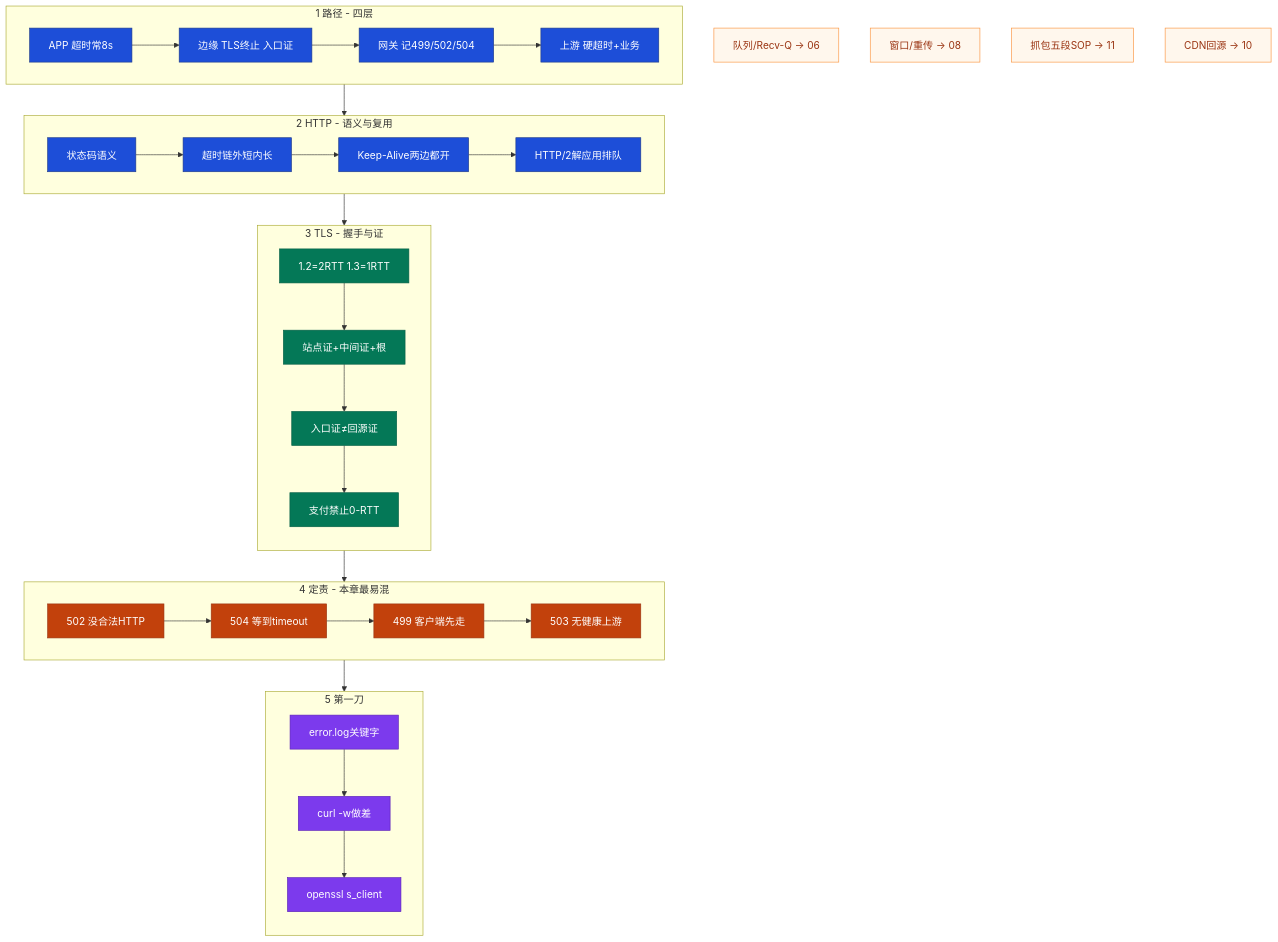
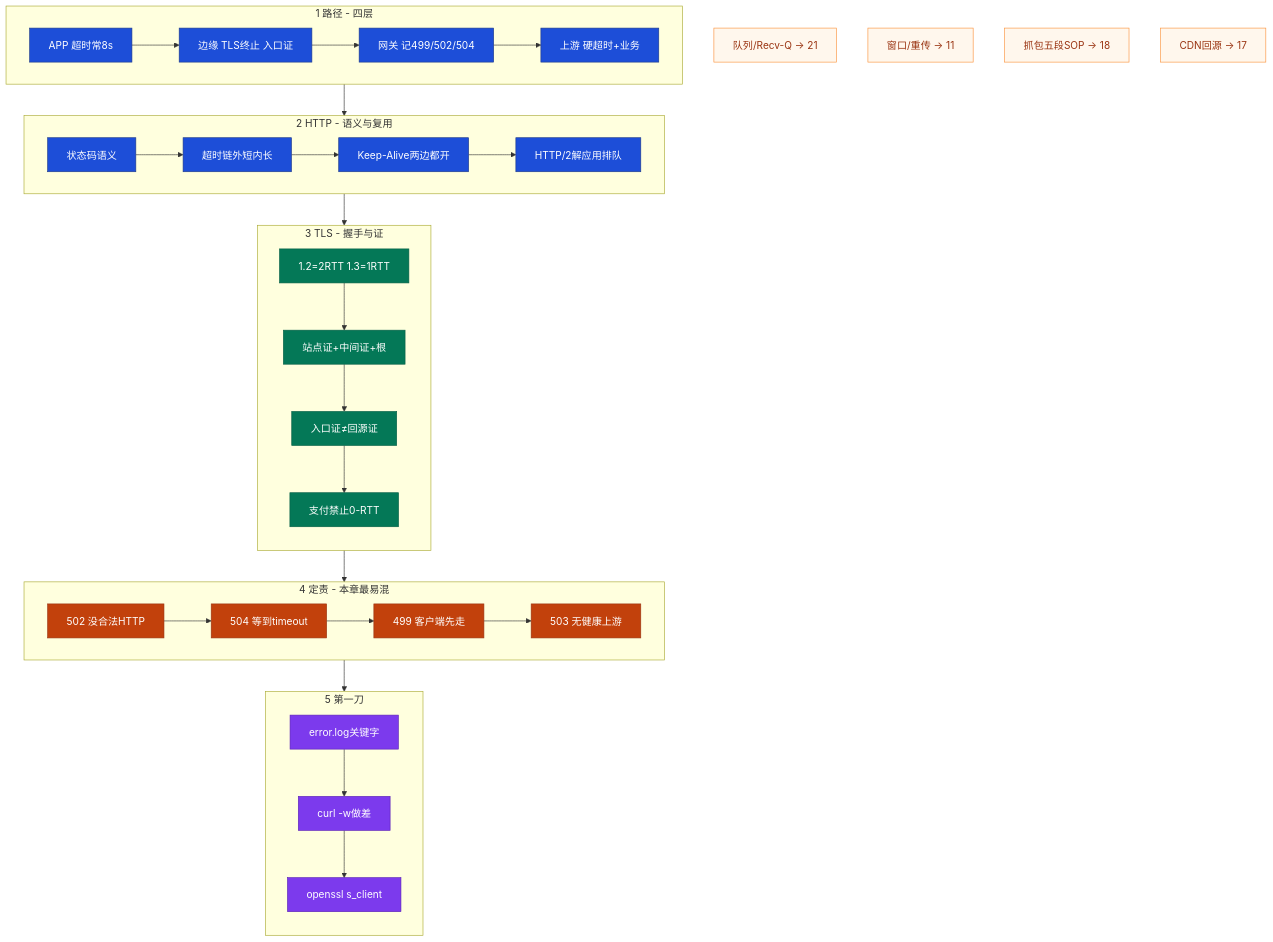
The first of 10 diagrams in 01-基础底座/14-HTTP与TLS/知识点.md (ml-cuizijun/LearnToLilith), drawn with Mermaid before and after one commit. The commit also changed other lines of this file and 56 other files, not shown here.

````diff
--- a/01-基础底座/14-HTTP与TLS/知识点.md
+++ b/01-基础底座/14-HTTP与TLS/知识点.md
@@ -61,58 +61,58 @@
 ```mermaid
 flowchart TB
     classDef http fill:#1D4ED8,stroke:#1E3A8A,color:#fff
     classDef tls fill:#047857,stroke:#065F46,color:#fff
     classDef code fill:#C2410C,stroke:#9A3412,color:#fff
     classDef cmd fill:#7C3AED,stroke:#5B21B6,color:#fff
     classDef note fill:#FFF7ED,stroke:#FB923C,color:#9A3412
 
     subgraph PATH["1 路径 - 四层"]
         direction LR
         A1["APP 超时常8s"] --> A2["边缘 TLS终止 入口证"]
         A2 --> A3["网关 记499/502/504"]
         A3 --> A4["上游 硬超时+业务"]
     end
 
     subgraph HTTP["2 HTTP - 语义与复用"]
         direction LR
         H1["状态码语义"] --> H2["超时链外短内长"]
         H2 --> H3["Keep-Alive两边都开"]
         H3 --> H4["HTTP/2解应用排队"]
     end
 
     subgraph TLSBOX["3 TLS - 握手与证"]
         direction TB
         T1["1.2=2RTT 1.3=1RTT"] --> T2["站点证+中间证+根"]
         T2 --> T3["入口证≠回源证"]
         T3 --> T4["支付禁止0-RTT"]
     end
 
     subgraph DUTY["4 定责 - 本章最易混"]
         direction LR
         D1["502 没合法HTTP"] --> D2["504 等到timeout"]
         D2 --> D3["499 客户端先走"]
         D3 --> D4["503 无健康上游"]
     end
 
     subgraph TOOL["5 第一刀"]
         direction TB
         R1["error.log关键字"] --> R2["curl -w做差"]
         R2 --> R3["openssl s_client"]
     end
 
     PATH --> HTTP
     HTTP --> TLSBOX
     TLSBOX --> DUTY
     DUTY --> TOOL
 
-    N1["队列/Recv-Q → 06"]:::note
-    N2["窗口/重传 → 08"]:::note
-    N3["抓包五段SOP → 11"]:::note
-    N4["CDN回源 → 10"]:::note
+    N1["队列/Recv-Q → 21"]:::note
+    N2["窗口/重传 → 11"]:::note
+    N3["抓包五段SOP → 18"]:::note
+    N4["CDN回源 → 17"]:::note
 
     class A1,A2,A3,A4 http
     class H1,H2,H3,H4 http
     class T1,T2,T3,T4 tls
     class D1,D2,D3,D4 code
     class R1,R2,R3 cmd
 ```
````
